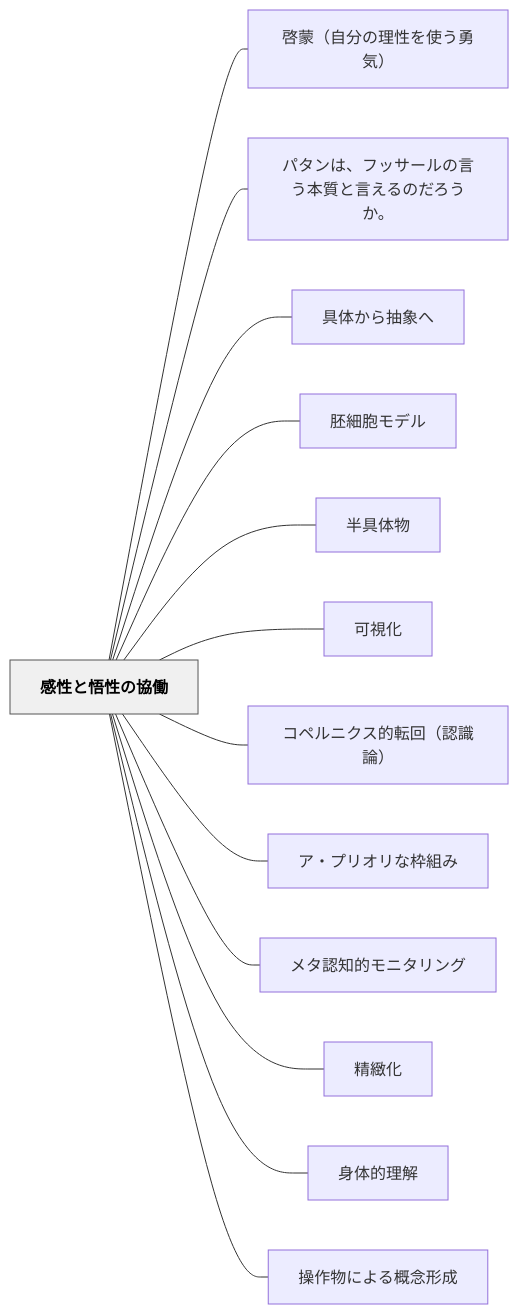
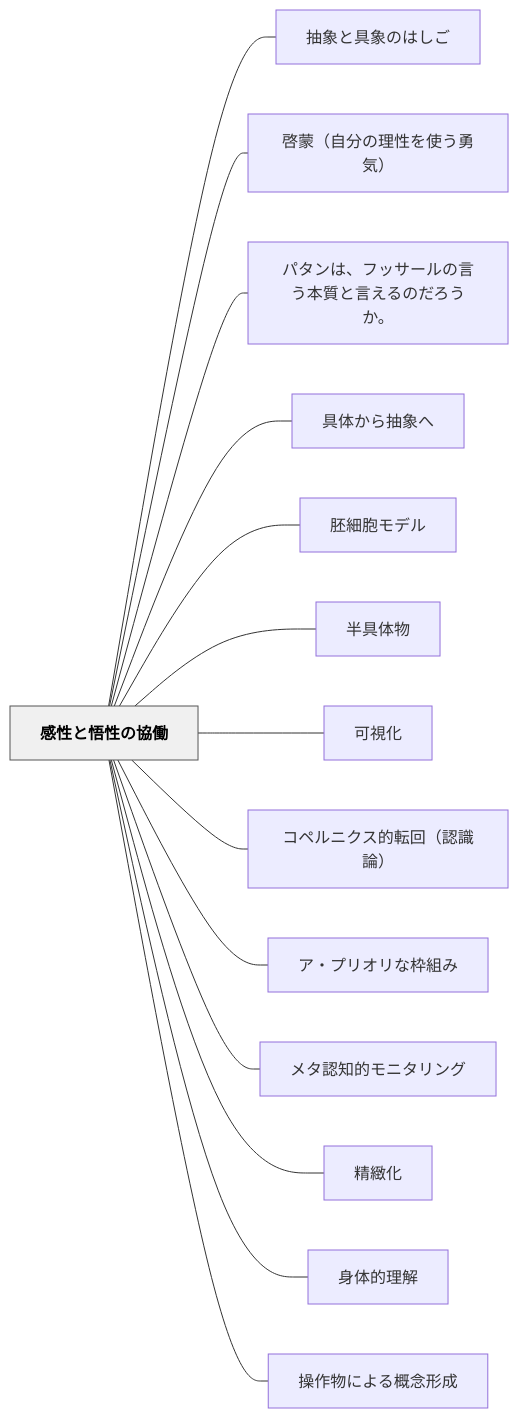
One commit to unknownthings-ed-patterns/unknownthings-ed-patterns changed the diagram in content/パタン/感性と悟性の協働.md. Above: the diagram before and after it, drawn with Mermaid. The commit also changed other lines of this file and 185 other files, not shown here.

````diff
--- a/content/パタン/感性と悟性の協働.md
+++ b/content/パタン/感性と悟性の協働.md
@@ -161,32 +162,34 @@
 ```mermaid
 flowchart LR
     ne6849fe680a7e381a8e6829fe680a7e381aee58d94e5838d["感性と悟性の協働"]
+    ne68abde8b1a1e381a8e585b7e8b1a1e381aee381afe38197e38194["抽象と具象のはしご"]
     ne59593e89299efbc88e887aae58886e381aee79086e680a7e38292e4bdbfe38186e58b87e6b097efbc89["啓蒙（自分の理性を使う勇気）"]
     ne38391e382bfe383b3e381afe38081e38395e38383e382b5e383bce383abe381aee8a880e38186e69cace8b3aae381a8e8a880e38188e3828be381aee381a0e3828de38186e3818be38082["パタンは、フッサールの言う本質と言えるのだろうか。"]
     ne585b7e4bd93e3818be38289e68abde8b1a1e381b8["具体から抽象へ"]
     ne8839ae7b4b0e8839ee383a2e38387e383ab["胚細胞モデル"]
     ne58d8ae585b7e4bd93e789a9["半具体物"]
     ne58fafe8a696e58c96["可視化"]
     ne382b3e3839ae383abe3838be382afe382b9e79a84e8bba2e59b9eefbc88e8aa8de8ad98e8ab96efbc89["コペルニクス的転回（認識論）"]
     ne382a2e383bbe38397e383aae382aae383aae381aae69ea0e7b584e381bf["ア・プリオリな枠組み"]
     ne383a1e382bfe8aa8de79fa5e79a84e383a2e3838be382bfe383aae383b3e382b0["メタ認知的モニタリング"]
     ne7b2bee7b7bbe58c96["精緻化"]
     ne8baabe4bd93e79a84e79086e8a7a3["身体的理解"]
     ne6938de4bd9ce789a9e381abe38288e3828be6a682e5bfb5e5bda2e68890["操作物による概念形成"]
 
+    ne6849fe680a7e381a8e6829fe680a7e381aee58d94e5838d --- ne68abde8b1a1e381a8e585b7e8b1a1e381aee381afe38197e38194
     ne6849fe680a7e381a8e6829fe680a7e381aee58d94e5838d --- ne59593e89299efbc88e887aae58886e381aee79086e680a7e38292e4bdbfe38186e58b87e6b097efbc89
     ne6849fe680a7e381a8e6829fe680a7e381aee58d94e5838d --- ne38391e382bfe383b3e381afe38081e38395e38383e382b5e383bce383abe381aee8a880e38186e69cace8b3aae381a8e8a880e38188e3828be381aee381a0e3828de38186e3818be38082
     ne6849fe680a7e381a8e6829fe680a7e381aee58d94e5838d --- ne585b7e4bd93e3818be38289e68abde8b1a1e381b8
     ne6849fe680a7e381a8e6829fe680a7e381aee58d94e5838d --- ne8839ae7b4b0e8839ee383a2e38387e383ab
     ne6849fe680a7e381a8e6829fe680a7e381aee58d94e5838d --- ne58d8ae585b7e4bd93e789a9
     ne6849fe680a7e381a8e6829fe680a7e381aee58d94e5838d --- ne58fafe8a696e58c96
     ne6849fe680a7e381a8e6829fe680a7e381aee58d94e5838d --- ne382b3e3839ae383abe3838be382afe382b9e79a84e8bba2e59b9eefbc88e8aa8de8ad98e8ab96efbc89
     ne6849fe680a7e381a8e6829fe680a7e381aee58d94e5838d --- ne382a2e383bbe38397e383aae382aae383aae381aae69ea0e7b584e381bf
     ne6849fe680a7e381a8e6829fe680a7e381aee58d94e5838d --- ne383a1e382bfe8aa8de79fa5e79a84e383a2e3838be382bfe383aae383b3e382b0
     ne6849fe680a7e381a8e6829fe680a7e381aee58d94e5838d --- ne7b2bee7b7bbe58c96
     ne6849fe680a7e381a8e6829fe680a7e381aee58d94e5838d --- ne8baabe4bd93e79a84e79086e8a7a3
     ne6849fe680a7e381a8e6829fe680a7e381aee58d94e5838d --- ne6938de4bd9ce789a9e381abe38288e3828be6a682e5bfb5e5bda2e68890
 
     classDef hub fill:#f0f0f0,stroke:#555,color:#000,font-weight:bold
     class ne6849fe680a7e381a8e6829fe680a7e381aee58d94e5838d hub
 ```
````
